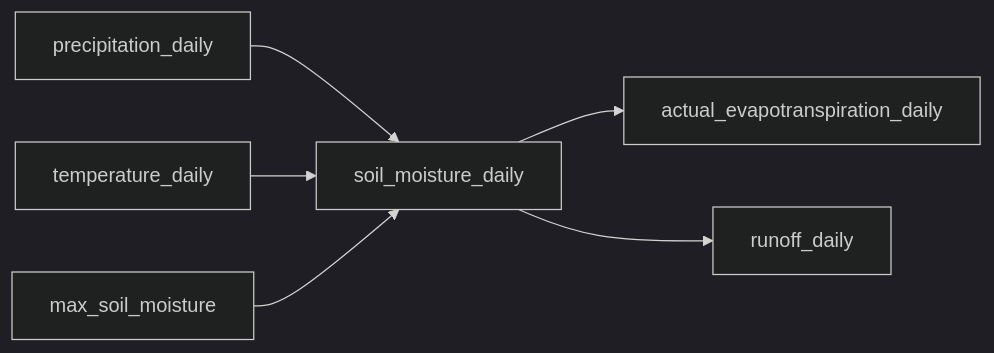
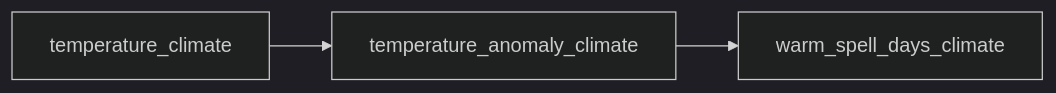
Before and after one commit to NERC-CEH/conduit: the diagram in docs/getting_started/concepts.md, drawn with Mermaid (dark theme). The commit also changed other lines of this file and 17 other files, not shown here.

````diff
--- a/docs/getting_started/concepts.md
+++ b/docs/getting_started/concepts.md
@@ -20,8 +20,5 @@
 ```mermaid
 graph LR
-    A["precipitation_daily"] --> B["soil_moisture_daily"]
-    C["temperature_daily"] --> B
-    D["max_soil_moisture"] --> B
-    B --> E["actual_evapotranspiration_daily"]
-    B --> F["runoff_daily"]
+    A["temperature_climate"] --> B["temperature_anomaly_climate"]
+    B --> C["warm_spell_days_climate"]
 ```
````
